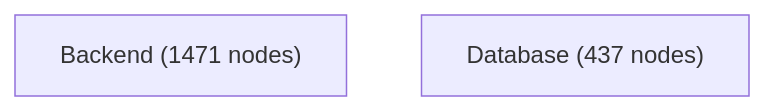
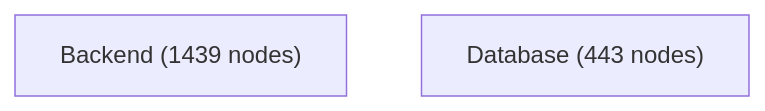
The diagram in docs/architecture-analysis/views/containers.mmd (jankneumann/agentic-coding-tools), drawn with Mermaid before and after one commit. The commit also changed 10 other files, not shown here.

First line of the commit message:
chore(architecture): refresh artifacts after syncing with main

```diff
--- a/docs/architecture-analysis/views/containers.mmd
+++ b/docs/architecture-analysis/views/containers.mmd
@@ -1,3 +1,3 @@
 flowchart TB
-    Backend["Backend (1471 nodes)"]
-    Database["Database (437 nodes)"]
+    Backend["Backend (1439 nodes)"]
+    Database["Database (443 nodes)"]
```
